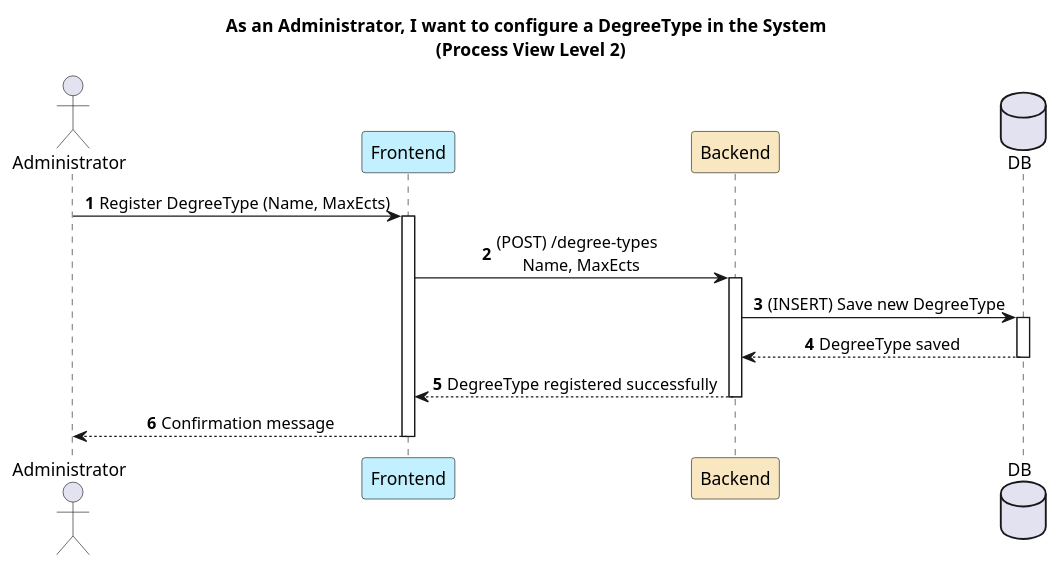
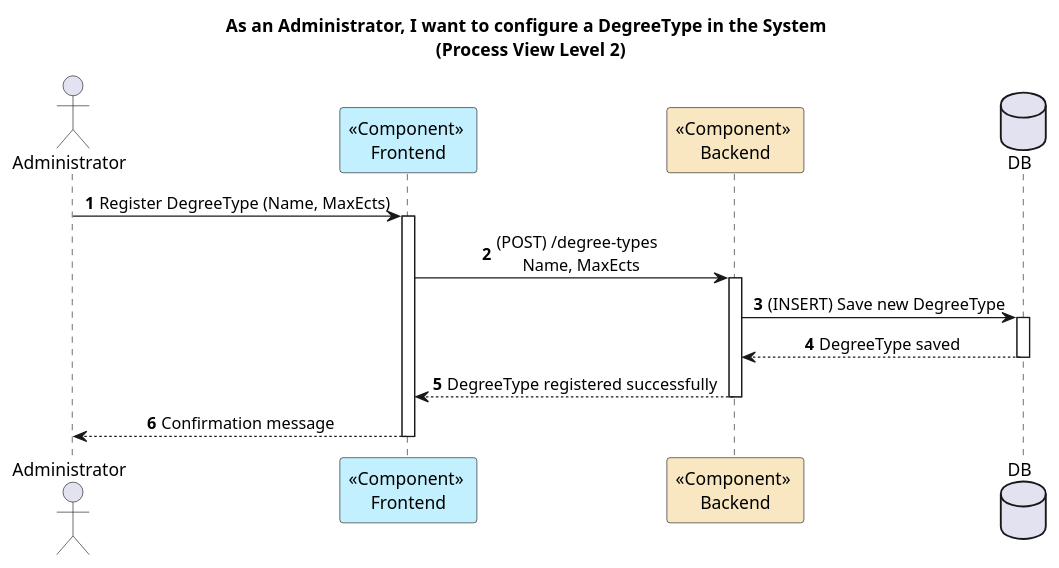
The diagram in docs/US10/REST_API/ProcessView/Level2.puml (GasparISEP/DevOps-PAI), drawn with PlantUML before and after one commit.

Commit message:
Added component label to participants in Level2 Diagram. #524

```diff
--- a/docs/US10/REST_API/ProcessView/Level2.puml
+++ b/docs/US10/REST_API/ProcessView/Level2.puml
@@ -1,29 +1,29 @@
 @startuml
 
 autonumber
 title As an Administrator, I want to configure a DegreeType in the System \n (Process View Level 2)
 
 skinparam sequenceMessageAlign center
 
 actor Administrator
-participant "Frontend" as FE #application
-participant "Backend" as BE #strategy
+participant "<<Component>> \nFrontend" as FE #application
+participant "<<Component>> \nBackend" as BE #strategy
 database DB
 
 Administrator -> FE : Register DegreeType (Name, MaxEcts)
 activate FE
 FE -> BE : (POST) /degree-types \n Name, MaxEcts
 activate BE
 
 BE -> DB : (INSERT) Save new DegreeType
 activate DB
 DB --> BE : DegreeType saved
 deactivate DB
 
 BE --> FE : DegreeType registered successfully
 deactivate BE
 
 FE --> Administrator : Confirmation message
 deactivate FE
 
 @enduml
```
